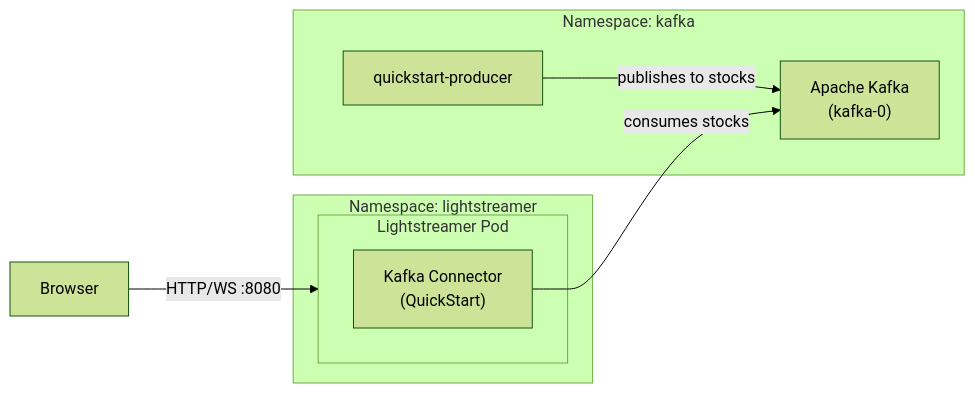
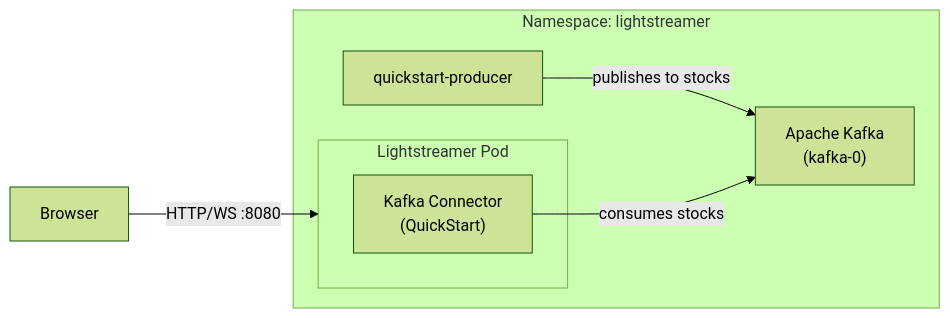
The diagram in examples/kafka-connector/README.md (Lightstreamer/helm-charts), drawn with Mermaid (forest theme) before and after one commit. The commit also changed other lines of this file and 5 other files, not shown here.

````diff
--- a/examples/kafka-connector/README.md
+++ b/examples/kafka-connector/README.md
@@ -7,15 +7,13 @@
 ```mermaid
 flowchart LR
-  subgraph kafka-ns["Namespace: kafka"]
+  subgraph ls-ns["Namespace: lightstreamer"]
     P["quickstart-producer"]
     K["Apache Kafka\n(kafka-0)"]
-  end
-  subgraph ls-ns["Namespace: lightstreamer"]
     subgraph Pod["Lightstreamer Pod"]
       KC["Kafka Connector\n(QuickStart)"]
     end
   end
   B["Browser"] -- "HTTP/WS :8080" --> Pod
   P -- "publishes to stocks" --> K
   KC -- "consumes stocks" --> K
 ```
````
